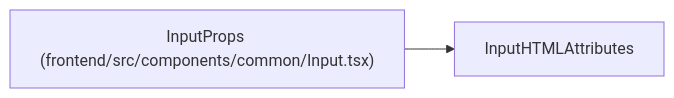
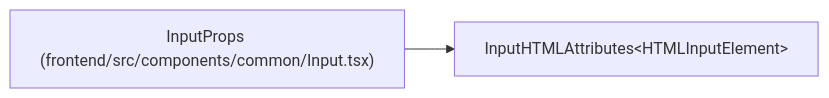
One commit to Denissvgn/WorkChord changed the diagram in docs/llm_wiki/entities/InputProps.md. Above: the diagram before and after it, drawn with Mermaid. The commit also changed other lines of this file and 25171 other files, not shown here.

````diff
--- a/docs/llm_wiki/entities/InputProps.md
+++ b/docs/llm_wiki/entities/InputProps.md
@@ -26,7 +26,7 @@
 ```mermaid
 flowchart LR
     n0["InputProps (frontend/src/components/common/Input.tsx)"]
-    n1["InputHTMLAttributes"]
+    n1["InputHTMLAttributes#60;HTMLInputElement#62;"]
     n0 --> n1
     click n0 "../modules/Input.md"
 ```
````
